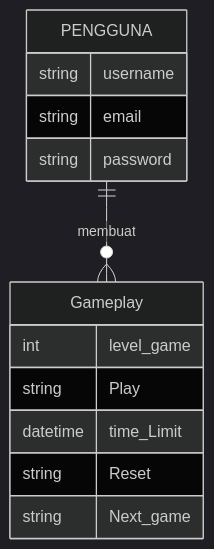
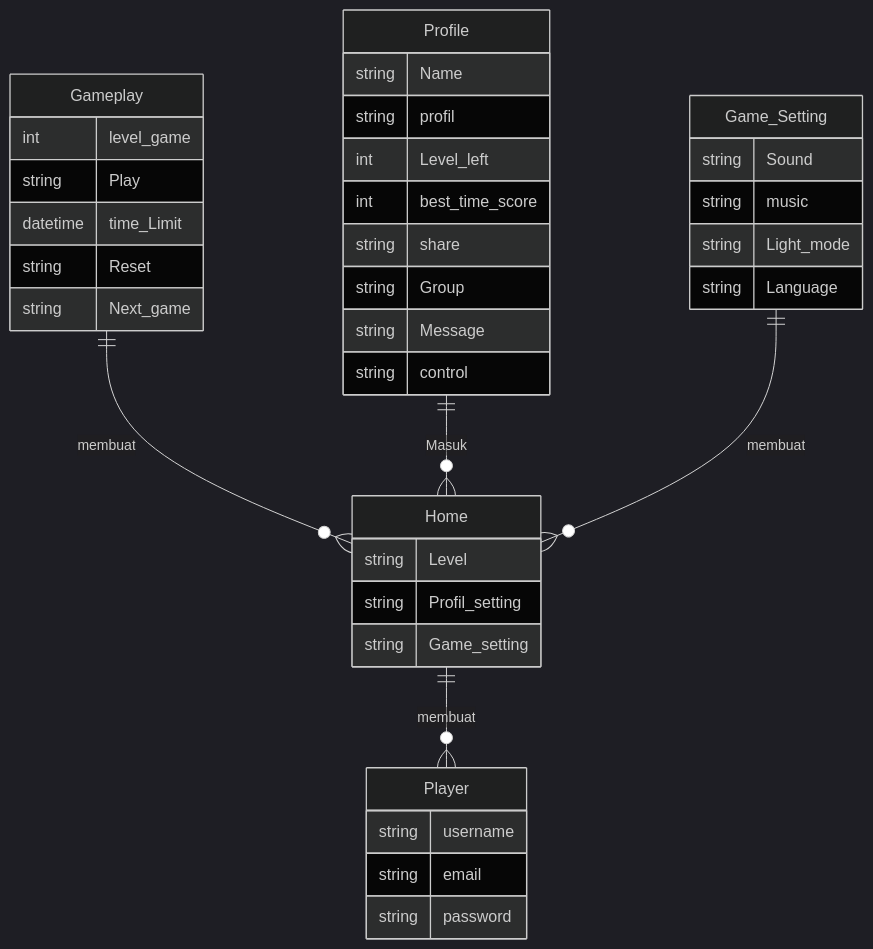
Before and after one commit to Nightroom/Memoryasmaulhusna.github.io: the first of 2 diagrams in review.md, drawn with Mermaid (dark theme). The commit also changed other lines of this file, not shown here.

````diff
--- a/review.md
+++ b/review.md
@@ -41,19 +41,44 @@
 ```mermaid
 erDiagram
-  PENGGUNA {
+
+  Gameplay ||--o{ Home  : membuat 
+  Gameplay {
+    int level_game
+    string Play
+    datetime time_Limit 
+    string Reset
+    string Next_game  
+  }
+    Player {
     string username
     string email
     string password
     
   }
-  PENGGUNA ||--o{ Gameplay  : membuat 
-  Gameplay {
-    int level_game
-    string Play
-    datetime time_Limit 
-    string Reset
-    string Next_game 
+    Profile ||--o{ Home  : Masuk
+    Profile {
+    string Name
+    string profil 
+    int Level_left 
+    int best_time_score
+    string share
+    string Group
+    string Message
+    string control
     
+  }
+Game_Setting ||--o{ Home  : membuat 
+  Game_Setting {
+    string Sound
+    string music 
+    string Light_mode
+    string Language 
+  }
+  Home ||--o{ Player  : membuat 
+  Home {
+    string Level
+    string Profil_setting
+    string Game_setting
   }
   
 ```
````
